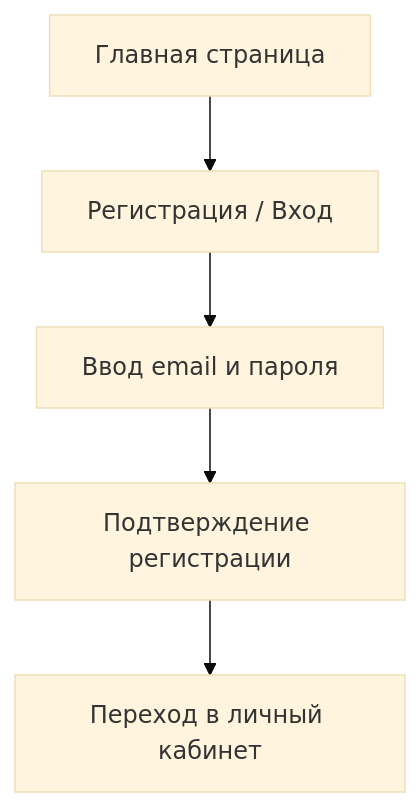
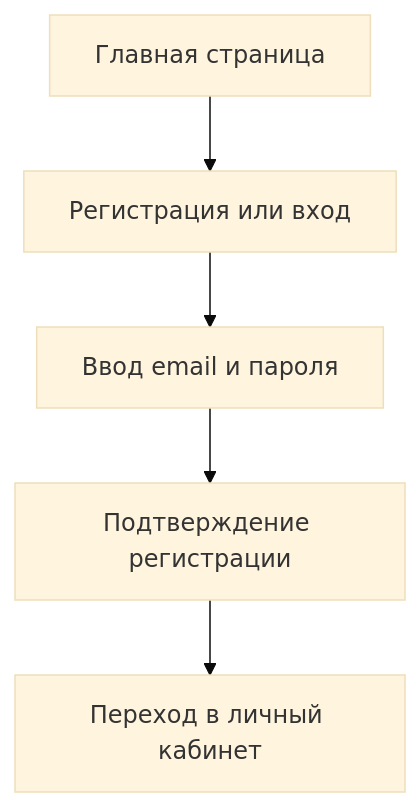
The first of 7 diagrams in 01-user-scenarios  /README.md (dvsnin/interactive-whiteboard-docs), drawn with Mermaid (base theme) before and after one commit. The commit also changed other lines of this file, not shown here.

````diff
--- a/01-user-scenarios  /README.md
+++ b/01-user-scenarios  /README.md
@@ -32,7 +32,7 @@
 ```mermaid
 flowchart TD
-    A[Главная страница] --> B[Регистрация / Вход]
+    A[Главная страница] --> B[Регистрация или вход]
     B --> C[Ввод email и пароля]
     C --> D[Подтверждение регистрации]
     D --> E[Переход в личный кабинет]
 ```
````
